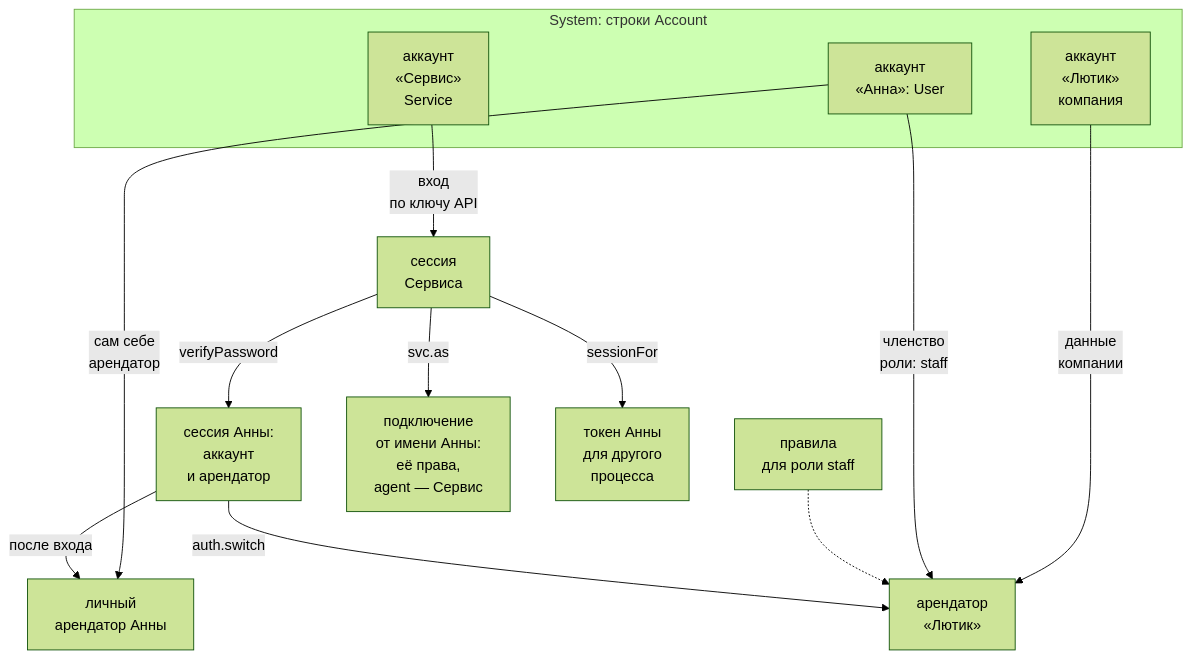
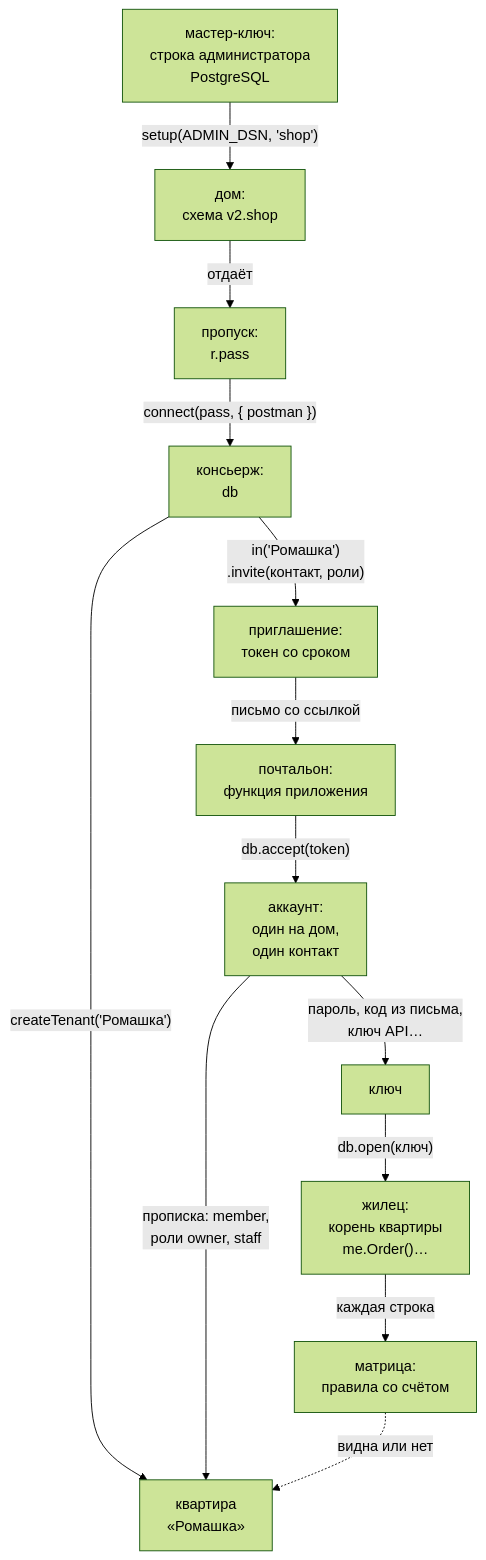
The diagram in guide/pages/concepts/index.md (alepri51/letopis), drawn with Mermaid (forest theme) before and after one commit. The commit also changed other lines of this file and 86 other files, not shown here.

````diff
--- a/guide/pages/concepts/index.md
+++ b/guide/pages/concepts/index.md
@@ -13,18 +9,15 @@
 ```mermaid
 flowchart TB
-  subgraph SYS["System: строки Account"]
-    A["аккаунт<br/>«Анна»: User"]
-    L["аккаунт<br/>«Лютик»<br/>компания"]
-    S["аккаунт<br/>«Сервис»<br/>Service"]
-  end
-  A -->|"сам себе<br/>арендатор"| PA["личный<br/>арендатор Анны"]
-  L -->|"данные<br/>компании"| TL["арендатор<br/>«Лютик»"]
-  A -->|"членство<br/>роли: staff"| TL
-  R["правила<br/>для роли staff"] -.-> TL
-  S -->|"вход<br/>по ключу API"| SS["сессия<br/>Сервиса"]
-  SS -->|"verifyPassword"| SA["сессия Анны:<br/>аккаунт<br/>и арендатор"]
-  SA -->|"после входа"| PA
-  SA -->|"auth.switch"| TL
-  SS -->|"svc.as"| AS["подключение<br/>от имени Анны:<br/>её права,<br/>agent — Сервис"]
-  SS -->|"sessionFor"| SF["токен Анны<br/>для другого<br/>процесса"]
+  MK["мастер-ключ:<br/>строка администратора<br/>PostgreSQL"] -->|"setup(ADMIN_DSN, 'shop')"| H["дом:<br/>схема v2.shop"]
+  H -->|"отдаёт"| P["пропуск:<br/>r.pass"]
+  P -->|"connect(pass, { postman })"| C["консьерж:<br/>db"]
+  C -->|"createTenant('Ромашка')"| T["квартира<br/>«Ромашка»"]
+  C -->|"in('Ромашка')<br/>.invite(контакт, роли)"| I["приглашение:<br/>токен со сроком"]
+  I -->|"письмо со ссылкой"| PM["почтальон:<br/>функция приложения"]
+  PM -->|"db.accept(token)"| A["аккаунт:<br/>один на дом,<br/>один контакт"]
+  A -->|"прописка: member,<br/>роли owner, staff"| T
+  A -->|"пароль, код из письма,<br/>ключ API…"| K["ключ"]
+  K -->|"db.open(ключ)"| R["жилец:<br/>корень квартиры<br/>me.Order()…"]
+  R -->|"каждая строка"| M["матрица:<br/>правила со счётом"]
+  M -.->|"видна или нет"| T
 ```
````
